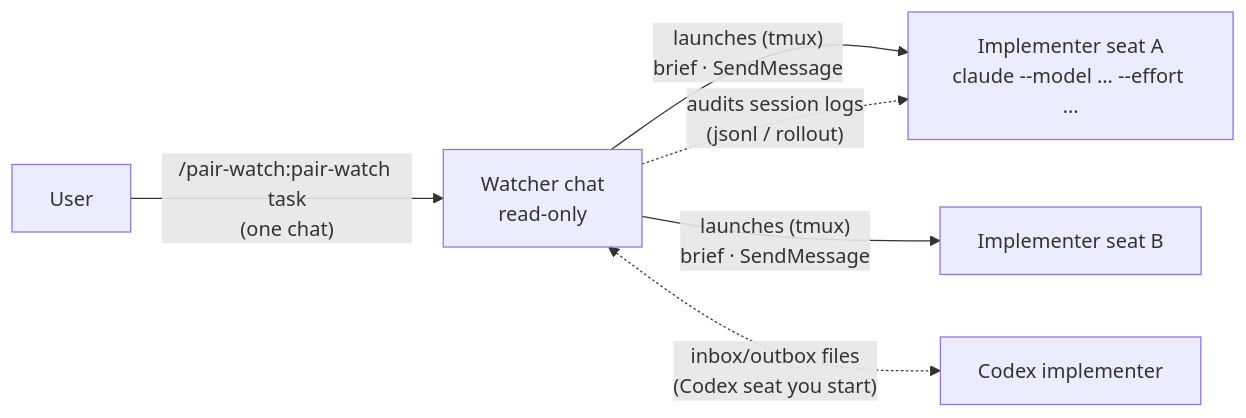
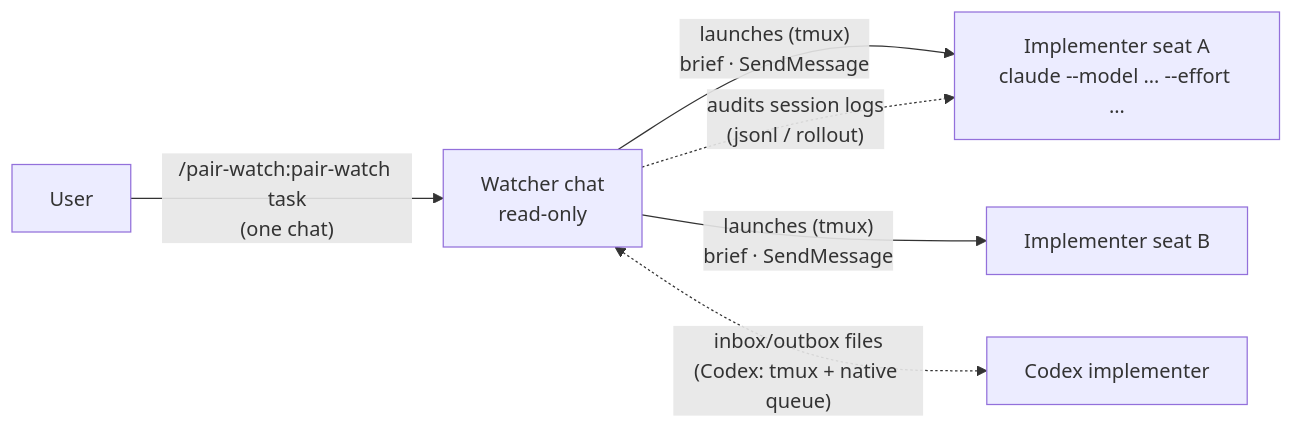
One commit to inakaegg/pair-watch changed the first of 2 diagrams in README.md. Above: the diagram before and after it, drawn with Mermaid. The commit also changed other lines of this file and 23 other files, not shown here.

Commit message:
Add native Codex seats and configurable fallback / Codex席の自動起動と設定による切り替えを追加

````diff
--- a/README.md
+++ b/README.md
@@ -13,8 +13,8 @@
 ```mermaid
 flowchart LR
     U[User] -- "/pair-watch:pair-watch task<br/>(one chat)" --> W[Watcher chat<br/>read-only]
     W -- "launches (tmux)<br/>brief · SendMessage" --> A[Implementer seat A<br/>claude --model … --effort …]
     W -- "launches (tmux)<br/>brief · SendMessage" --> B[Implementer seat B]
-    W <-. "inbox/outbox files<br/>(Codex seat you start)" .-> C[Codex implementer]
+    W <-. "inbox/outbox files<br/>(Codex: tmux + native queue)" .-> C[Codex implementer]
     W -. "audits session logs<br/>(jsonl / rollout)" .-> A
 ```
````
